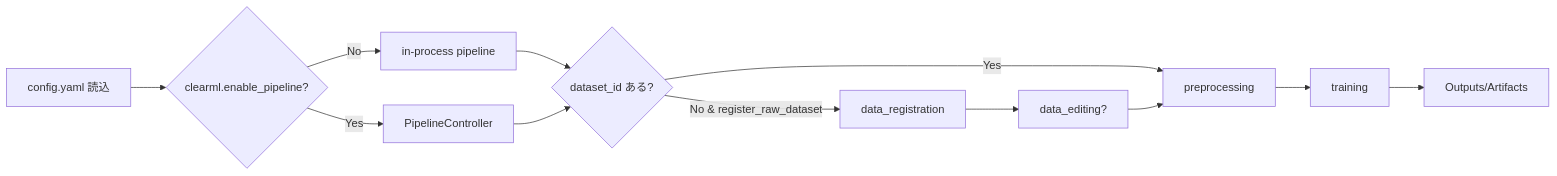
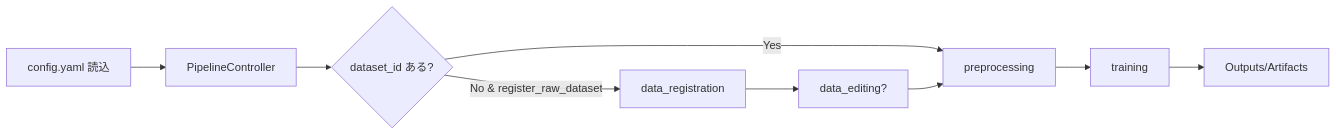
The first of 13 diagrams in README_user.md (dkawa2523/automllibclearML2), drawn with Mermaid before and after one commit. The commit also changed other lines of this file and 182 other files, not shown here.

````diff
--- a/README_user.md
+++ b/README_user.md
@@ -140,14 +195,11 @@
 ```mermaid
 flowchart LR
-    A[config.yaml 読込] --> B{clearml.enable_pipeline?}
-    B -- No --> C[in-process pipeline]
-    B -- Yes --> D[PipelineController]
-    C --> E{dataset_id ある?}
-    D --> E
+    A[config.yaml 読込] --> D[PipelineController]
+    D --> E{dataset_id ある?}
     E -- No & register_raw_dataset --> R[data_registration]
     R --> S[data_editing?]
     E -- Yes --> P[preprocessing]
     S --> P
     P --> T[training]
     T --> W[Outputs/Artifacts]
 ```
````
